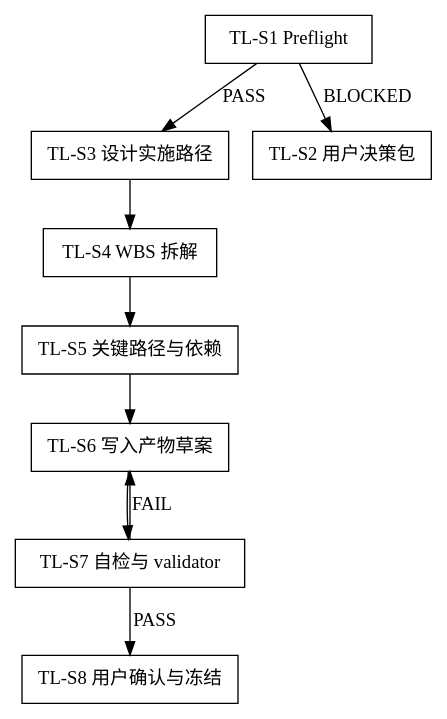
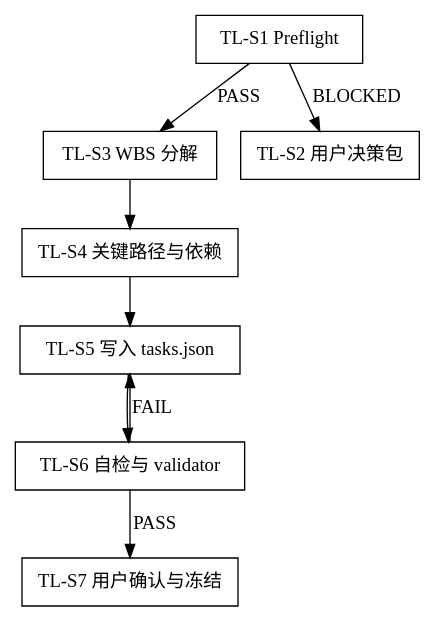
The diagram in shared/skills/tech-lead/SKILL.md (jieli-cqwl/org-claude-skills), drawn with Graphviz before and after one commit. The commit also changed other lines of this file and 31 other files, not shown here.

````diff
--- a/shared/skills/tech-lead/SKILL.md
+++ b/shared/skills/tech-lead/SKILL.md
@@ -46,14 +46,13 @@
 ```dot
 digraph tech_lead_flow {
   rankdir=TB;
   node [shape=box];
-  "TL-S1 Preflight" -> "TL-S3 设计实施路径" [label="PASS"];
-  "TL-S3 设计实施路径" -> "TL-S4 WBS 拆解";
-  "TL-S4 WBS 拆解" -> "TL-S5 关键路径与依赖";
-  "TL-S5 关键路径与依赖" -> "TL-S6 写入产物草案";
-  "TL-S6 写入产物草案" -> "TL-S7 自检与 validator";
-  "TL-S7 自检与 validator" -> "TL-S8 用户确认与冻结" [label="PASS"];
+  "TL-S1 Preflight" -> "TL-S3 WBS 分解" [label="PASS"];
+  "TL-S3 WBS 分解" -> "TL-S4 关键路径与依赖";
+  "TL-S4 关键路径与依赖" -> "TL-S5 写入 tasks.json";
+  "TL-S5 写入 tasks.json" -> "TL-S6 自检与 validator";
+  "TL-S6 自检与 validator" -> "TL-S7 用户确认与冻结" [label="PASS"];
   "TL-S1 Preflight" -> "TL-S2 用户决策包" [label="BLOCKED"];
-  "TL-S7 自检与 validator" -> "TL-S6 写入产物草案" [label="FAIL"];
+  "TL-S6 自检与 validator" -> "TL-S5 写入 tasks.json" [label="FAIL"];
 }
 ```
````
